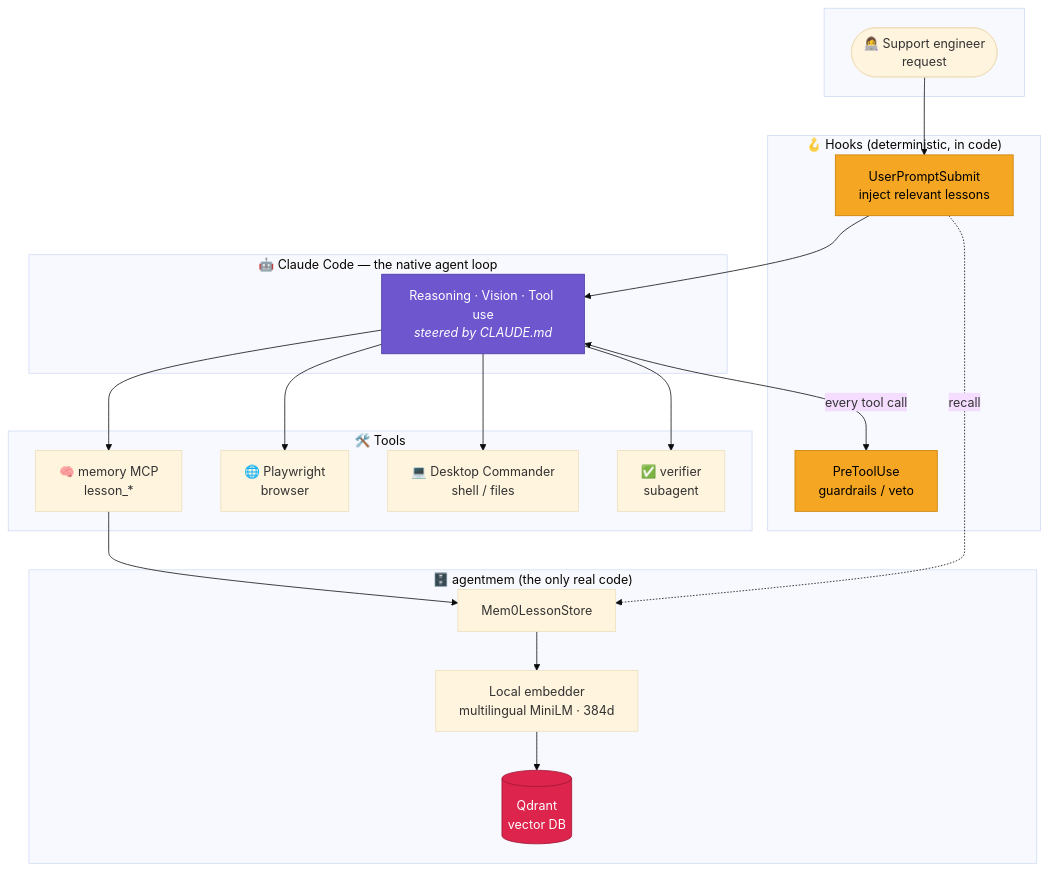
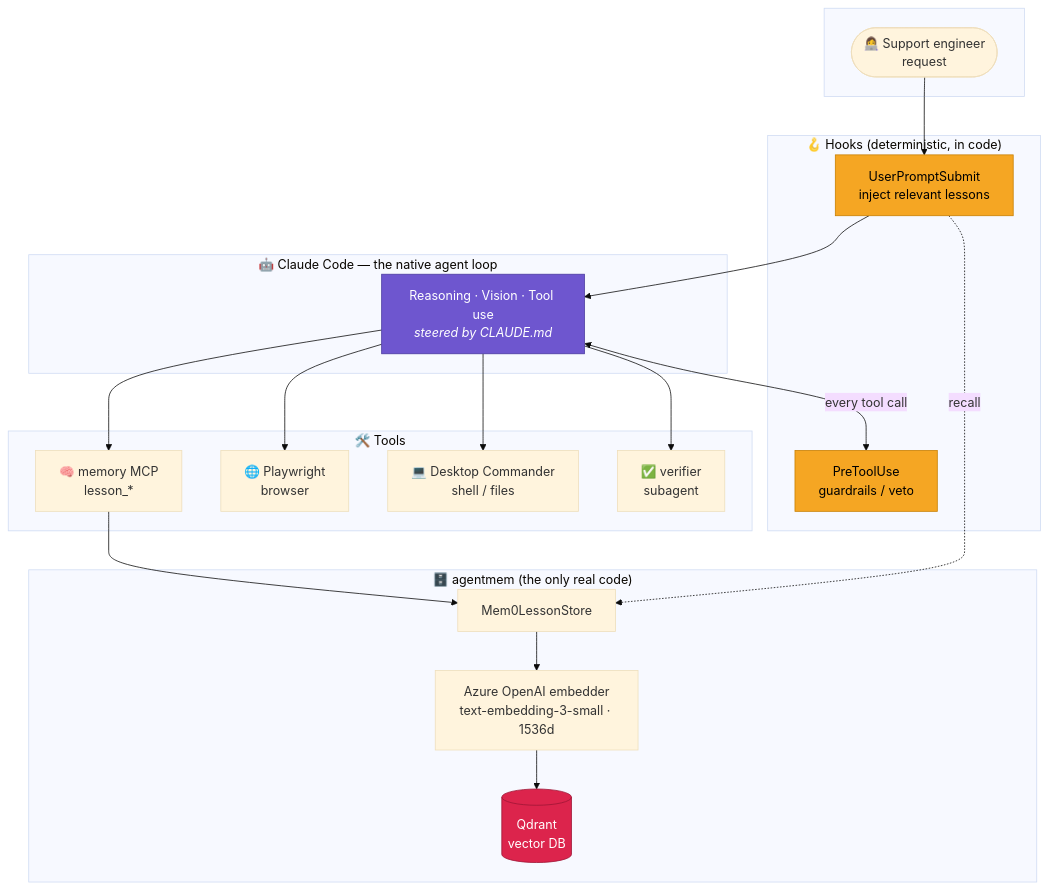
Before and after one commit to mgaldon17/AgentScalator-Claude: the first of 8 diagrams in README.md, drawn with Mermaid (base theme). The commit also changed other lines of this file and 13 other files, not shown here.

First line of the commit message:
feat: migrate embedder to Azure OpenAI and update RAG backend to Azure AI Search

````diff
--- a/README.md
+++ b/README.md
@@ -45,42 +45,42 @@
 ```mermaid
 flowchart TB
     subgraph user [" "]
         ENG([👩‍💻 Support engineer<br/>request])
     end
 
     subgraph cc ["🤖 Claude Code — the native agent loop"]
         BRAIN["Reasoning · Vision · Tool use<br/><i>steered by CLAUDE.md</i>"]
     end
 
     subgraph hooks ["🪝 Hooks (deterministic, in code)"]
         H1["UserPromptSubmit<br/>inject relevant lessons"]
         H2["PreToolUse<br/>guardrails / veto"]
     end
 
     subgraph tools ["🛠️ Tools"]
         T1["🧠 memory MCP<br/>lesson_*"]
         T2["🌐 Playwright<br/>browser"]
         T3["💻 Desktop Commander<br/>shell / files"]
         T4["✅ verifier<br/>subagent"]
     end
 
     subgraph mem ["🗄️ agentmem (the only real code)"]
         STORE["Mem0LessonStore"]
-        EMB["Local embedder<br/>multilingual MiniLM · 384d"]
+        EMB["Azure OpenAI embedder<br/>text-embedding-3-small · 1536d"]
         QDR[("Qdrant<br/>vector DB")]
     end
 
     ENG --> H1 --> BRAIN
     BRAIN <-->|every tool call| H2
     BRAIN --> T1 & T2 & T3 & T4
     T1 --> STORE
     H1 -.recall.-> STORE
     STORE --> EMB --> QDR
 
     classDef brain fill:#6E56CF,stroke:#4A3AA0,color:#fff
     classDef hook fill:#F5A623,stroke:#C77F00,color:#000
     classDef store fill:#DC244C,stroke:#9E1535,color:#fff
     class BRAIN brain
     class H1,H2 hook
     class QDR store
 ```
````
